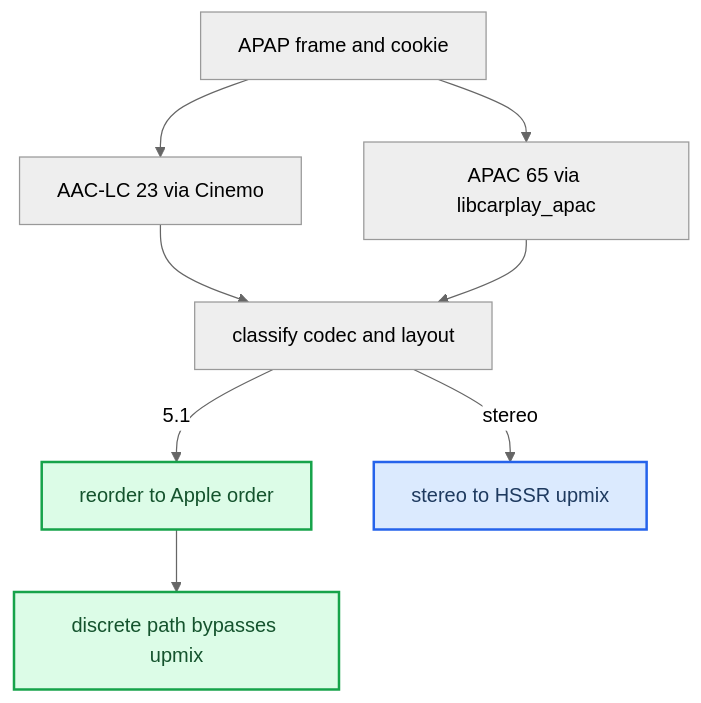
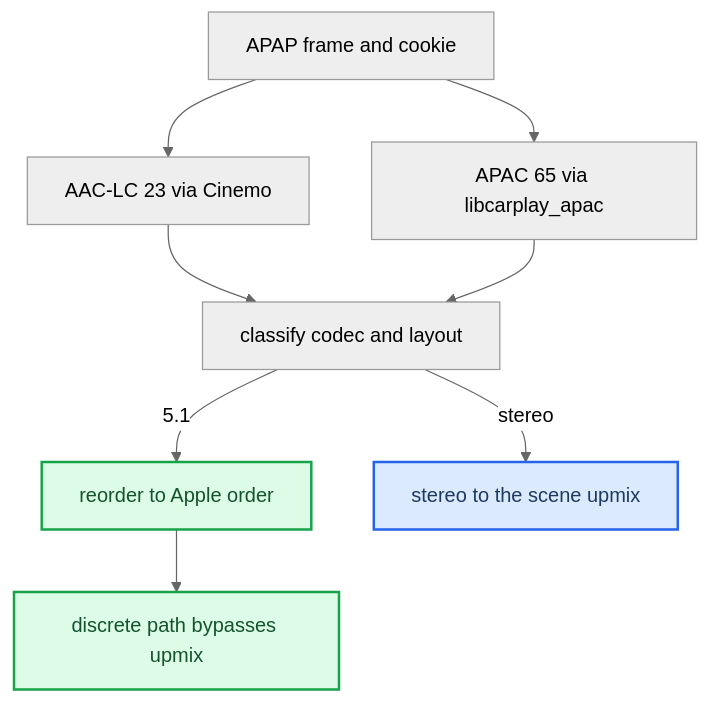
Before and after one commit to luka-dev/mib2q-carplay-rgi: the third of 5 diagrams in docs/audio/STEREO_TO_5_1_UPMIX.md, drawn with Mermaid (neutral theme). The commit also changed other lines of this file and 1105 other files, not shown here.

First line of the commit message:
audio: retire the HSSR Universal upmix, SCENE is the only renderer

````diff
--- a/docs/audio/STEREO_TO_5_1_UPMIX.md
+++ b/docs/audio/STEREO_TO_5_1_UPMIX.md
@@ -123,20 +123,20 @@
 ```mermaid
 flowchart TB
   accTitle: Decode and classification branch
-  accDescr: Decoded PCM is classified; APAC 5.1 is reordered onto the discrete path while stereo goes to the HSSR upmix.
+  accDescr: Decoded PCM is classified; APAC 5.1 is reordered onto the discrete path while stereo goes to the scene upmix.
   apap_frame["APAP frame and cookie"]
   aac_decode["AAC-LC 23 via Cinemo"]
   apac_decode["APAC 65 via libcarplay_apac"]
   classify_pcm["classify codec and layout"]
   reorder_51["reorder to Apple order"]
-  stereo_upmix["stereo to HSSR upmix"]
+  stereo_upmix["stereo to the scene upmix"]
   discrete_path["discrete path bypasses upmix"]
   apap_frame --> aac_decode --> classify_pcm
   apap_frame --> apac_decode --> classify_pcm
   classify_pcm -->|5.1| reorder_51 --> discrete_path
   classify_pcm -->|stereo| stereo_upmix
   classDef primary fill:#dbeafe,stroke:#2563eb,stroke-width:2px,color:#1e3a5f
   classDef success fill:#dcfce7,stroke:#16a34a,stroke-width:2px,color:#14532d
   class reorder_51,discrete_path success
   class stereo_upmix primary
 ```
````
